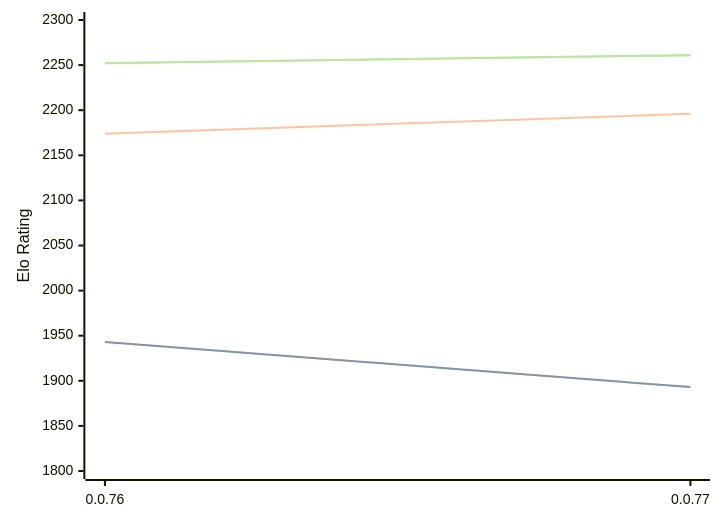
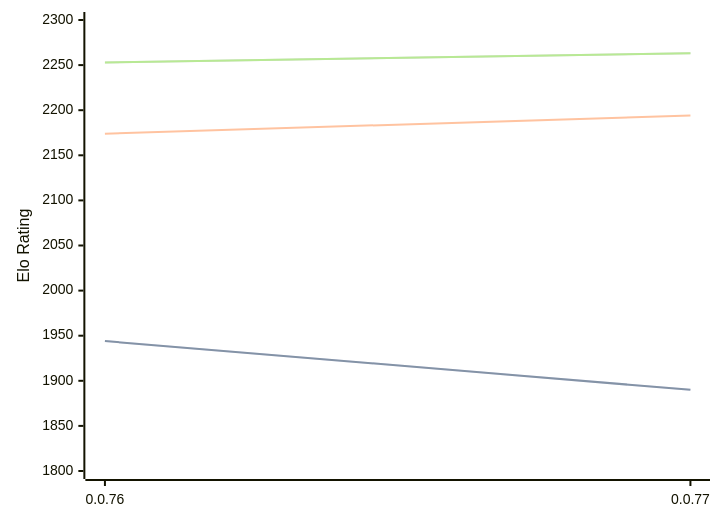
One commit to computer-chess-index/cci changed the diagram in engines/Fktb.md. Above: the diagram before and after it, drawn with Mermaid. The commit also changed other lines of this file, not shown here.

Commit message:
Update CCI Ratings (ELO VLTC) - 2026-04-22

````diff
--- a/engines/Fktb.md
+++ b/engines/Fktb.md
@@ -32,11 +32,11 @@
 ```mermaid
 %%{init: {"theme":"base","themeVariables":{"seriesColors:['#a3a3a3','#222221','#faa371']}}}%%
 xychart-beta
   x-axis ["0.0.76", "0.0.77"]
   y-axis "Elo Rating" 1800 --> 2300
-  line "STC (8.0+0.08s)" [1943, 1893]
-  line "STC (8.0+0.08s)" [1943, 1893]
-  line "LTC (60.0+0.60s)" [2174, 2196]
-  line "VLTC (2m24s+1.12s)" [2252, 2261]
-  line "VLTC (2m24s+1.12s)" [2252, 2261]
+  line "STC (8.0+0.08s)" [1944, 1890]
+  line "STC (8.0+0.08s)" [1944, 1890]
+  line "LTC (60.0+0.60s)" [2174, 2194]
+  line "VLTC (2m24s+1.12s)" [2253, 2263]
+  line "VLTC (2m24s+1.12s)" [2253, 2263]
 ```
````
